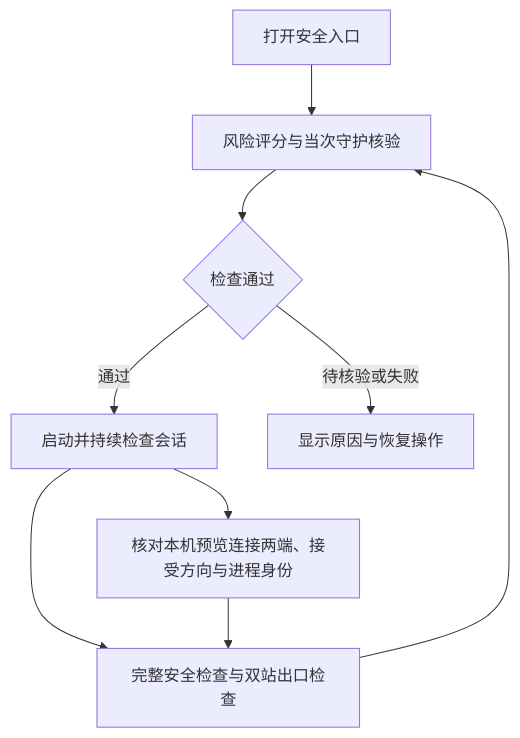
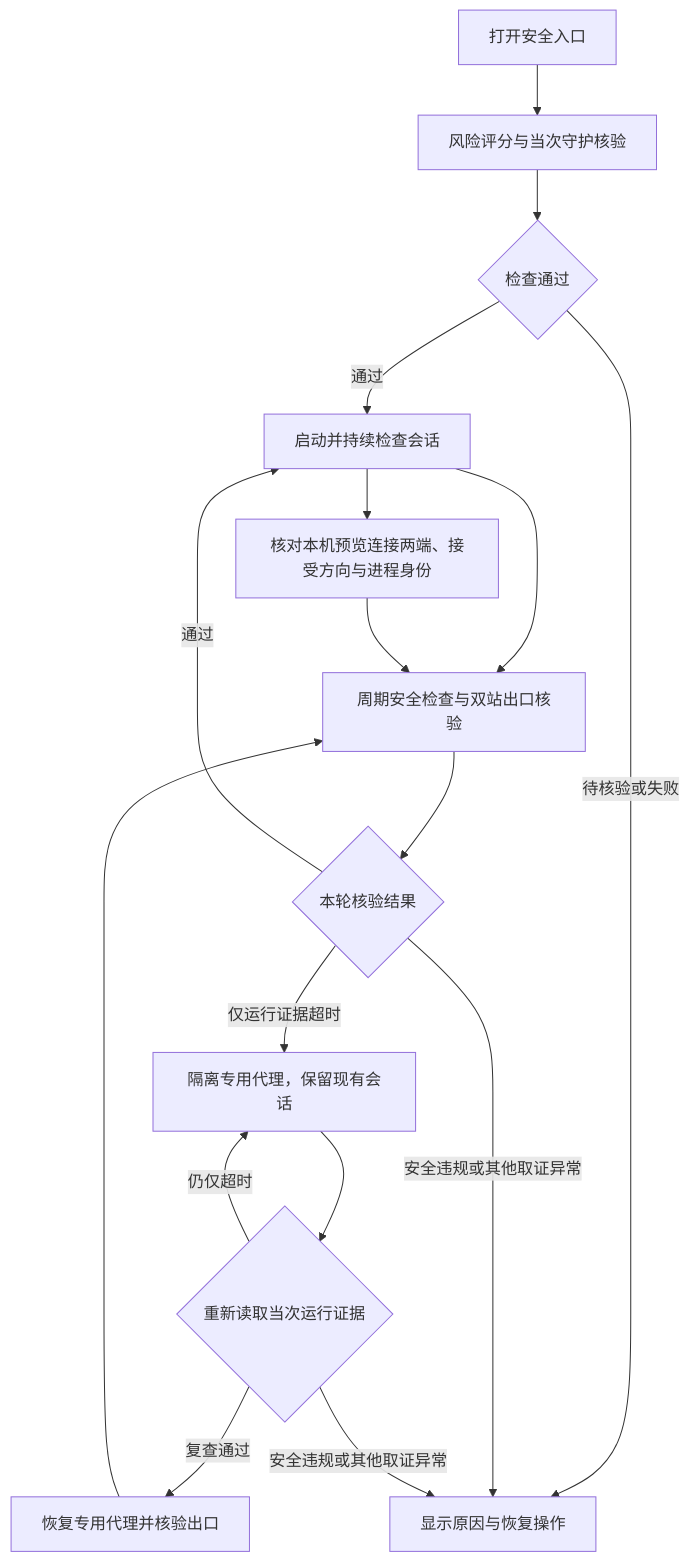
The second of 3 diagrams in README.md (cr20085361/claude-code-protection-tool), drawn with Mermaid before and after one commit. The commit also changed other lines of this file and 12 other files, not shown here.

````diff
--- a/README.md
+++ b/README.md
@@ -105,11 +105,19 @@
 ```mermaid
 flowchart TD
   A["打开安全入口"] --> B["风险评分与当次守护核验"]
   B --> C{"检查通过"}
   C -->|"通过"| D["启动并持续检查会话"]
   C -->|"待核验或失败"| E["显示原因与恢复操作"]
-  D --> F["完整安全检查与双站出口检查"]
+  D --> F["周期安全检查与双站出口核验"]
   D --> G["核对本机预览连接两端、接受方向与进程身份"]
   G --> F
-  F --> B
+  F --> H{"本轮核验结果"}
+  H -->|"通过"| D
+  H -->|"仅运行证据超时"| I["隔离专用代理，保留现有会话"]
+  H -->|"安全违规或其他取证异常"| E
+  I --> J{"重新读取当次运行证据"}
+  J -->|"仍仅超时"| I
+  J -->|"复查通过"| K["恢复专用代理并核验出口"]
+  J -->|"安全违规或其他取证异常"| E
+  K --> F
 ```
````
